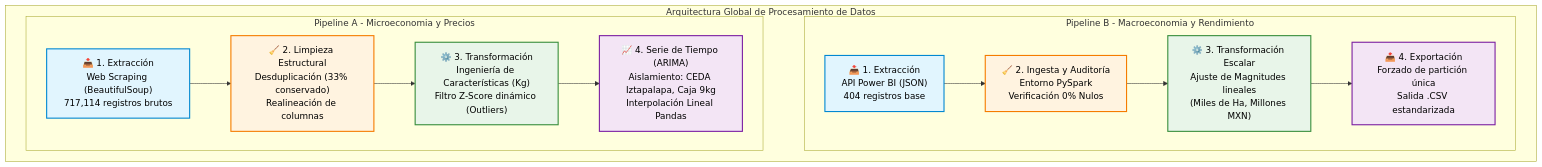
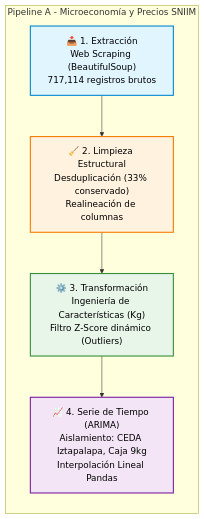
The first of 2 diagrams in ingenieria-y-procesamiento-de-datos/extraccion-y-limpieza.md (maxF10R35/documentacion-aguacates-monarca), drawn with Mermaid before and after one commit. The commit also changed other lines of this file, not shown here.

Commit message:
Update flowchart for data processing pipelines

````diff
--- a/ingenieria-y-procesamiento-de-datos/extraccion-y-limpieza.md
+++ b/ingenieria-y-procesamiento-de-datos/extraccion-y-limpieza.md
@@ -31,27 +31,15 @@
 ```mermaid
-graph TD
-    %% Estilos de los nodos (Colores corporativos)
+flowchart TD
+    %% Estilos corporativos
     classDef extraccion fill:#e1f5fe,stroke:#0288d1,stroke-width:2px,color:#000
     classDef limpieza fill:#fff3e0,stroke:#f57c00,stroke-width:2px,color:#000
     classDef transformacion fill:#e8f5e9,stroke:#388e3c,stroke-width:2px,color:#000
     classDef salida fill:#f3e5f5,stroke:#7b1fa2,stroke-width:2px,color:#000
 
-    subgraph Arquitectura_Global [Arquitectura Global de Procesamiento de Datos]
-        
-        subgraph Pipeline_A [Pipeline A - Microeconomia y Precios]
-            A1["📥 1. Extracción<br>Web Scraping (BeautifulSoup)<br>717,114 registros brutos"]:::extraccion --> A2["🧹 2. Limpieza Estructural<br>Desduplicación (33% conservado)<br>Realineación de columnas"]:::limpieza
-            A2 --> A3["⚙️ 3. Transformación<br>Ingeniería de Características (Kg)<br>Filtro Z-Score dinámico (Outliers)"]:::transformacion
-            A3 --> A4["📈 4. Serie de Tiempo (ARIMA)<br>Aislamiento: CEDA Iztapalapa, Caja 9kg<br>Interpolación Lineal Pandas"]:::salida
-        end
-
-        %% Enlace invisible para forzar el apilamiento vertical exacto
-        A4 ~~~ B1
-
-        subgraph Pipeline_B [Pipeline B - Macroeconomia y Rendimiento]
-            B1["📥 1. Extracción<br>API Power BI (JSON)<br>404 registros base"]:::extraccion --> B2["🧹 2. Ingesta y Auditoría<br>Entorno PySpark<br>Verificación 0% Nulos"]:::limpieza
-            B2 --> B3["⚙️ 3. Transformación Escalar<br>Ajuste de Magnitudes lineales<br>(Miles de Ha, Millones MXN)"]:::transformacion
-            B3 --> B4["📤 4. Exportación<br>Forzado de partición única<br>Salida .CSV estandarizada"]:::salida
-        end
-        
+    subgraph Pipeline_A [Pipeline A - Microeconomía y Precios SNIIM]
+        direction TD
+        A1["📥 1. Extracción<br>Web Scraping (BeautifulSoup)<br>717,114 registros brutos"]:::extraccion --> A2["🧹 2. Limpieza Estructural<br>Desduplicación (33% conservado)<br>Realineación de columnas"]:::limpieza
+        A2 --> A3["⚙️ 3. Transformación<br>Ingeniería de Características (Kg)<br>Filtro Z-Score dinámico (Outliers)"]:::transformacion
+        A3 --> A4["📈 4. Serie de Tiempo (ARIMA)<br>Aislamiento: CEDA Iztapalapa, Caja 9kg<br>Interpolación Lineal Pandas"]:::salida
     end
 ```
````
